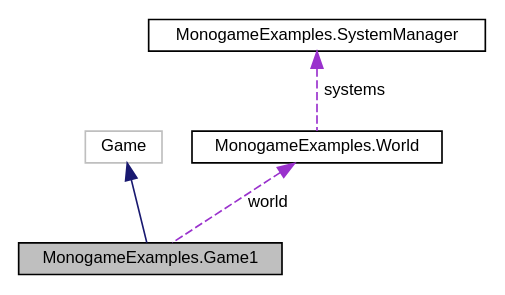
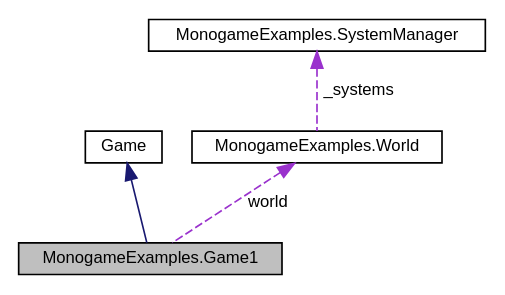
One commit to DreamyStranger/MonoGame-Platformer changed the diagram in docs/classMonogameExamples_1_1Game1__coll__graph.dot. Above: the diagram before and after it, drawn with Graphviz. The commit also changed 478 other files, not shown here.

```diff
--- a/docs/classMonogameExamples_1_1Game1__coll__graph.dot
+++ b/docs/classMonogameExamples_1_1Game1__coll__graph.dot
@@ -1,13 +1,13 @@
 digraph "MonogameExamples.Game1"
 {
  // LATEX_PDF_SIZE
   edge [fontname="Helvetica",fontsize="10",labelfontname="Helvetica",labelfontsize="10"];
   node [fontname="Helvetica",fontsize="10",shape=record];
   Node1 [label="MonogameExamples.Game1",height=0.2,width=0.4,color="black", fillcolor="grey75", style="filled", fontcolor="black",tooltip="The main game class."];
   Node2 -> Node1 [dir="back",color="midnightblue",fontsize="10",style="solid",fontname="Helvetica"];
-  Node2 [label="Game",height=0.2,width=0.4,color="grey75", fillcolor="white", style="filled",tooltip=" "];
+  Node2 [label="Game",height=0.2,width=0.4,color="black", fillcolor="white", style="filled",tooltip=" "];
   Node3 -> Node1 [dir="back",color="darkorchid3",fontsize="10",style="dashed",label=" world" ,fontname="Helvetica"];
   Node3 [label="MonogameExamples.World",height=0.2,width=0.4,color="black", fillcolor="white", style="filled",URL="$classMonogameExamples_1_1World.html",tooltip="Represents the game world and manages loading and updating levels."];
-  Node4 -> Node3 [dir="back",color="darkorchid3",fontsize="10",style="dashed",label=" systems" ,fontname="Helvetica"];
+  Node4 -> Node3 [dir="back",color="darkorchid3",fontsize="10",style="dashed",label=" _systems" ,fontname="Helvetica"];
   Node4 [label="MonogameExamples.SystemManager",height=0.2,width=0.4,color="black", fillcolor="white", style="filled",URL="$structMonogameExamples_1_1SystemManager.html",tooltip="Manages a collection of systems and provides methods to add, remove, update and draw entities through..."];
 }
```
